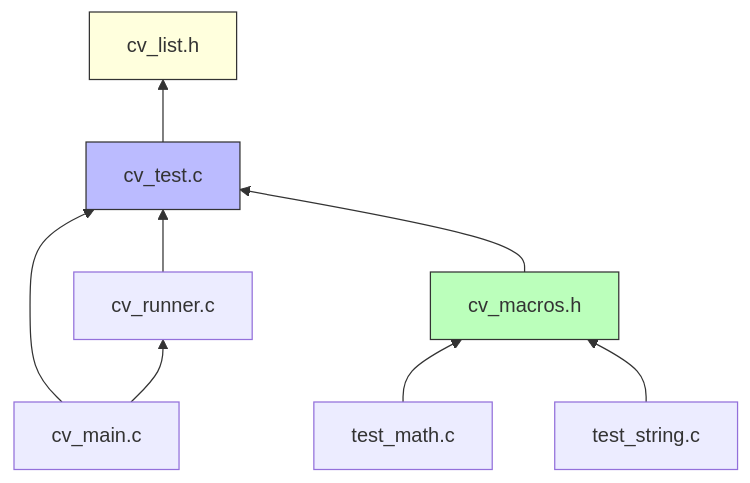
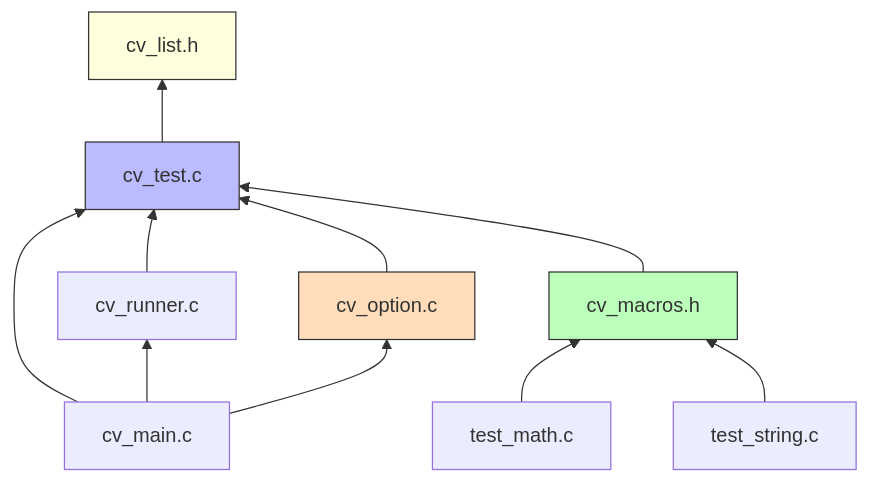
Before and after one commit to kimihuang/packages: the eighth of 8 diagrams in cv_framework/DESIGN.md, drawn with Mermaid. The commit also changed other lines of this file and 14 other files, not shown here.

````diff
--- a/cv_framework/DESIGN.md
+++ b/cv_framework/DESIGN.md
@@ -581,14 +920,17 @@
 ```mermaid
 graph BT
     cv_main[cv_main.c] --> cv_test[cv_test.c]
     cv_runner[cv_runner.c] --> cv_test
+    cv_option[cv_option.c] --> cv_test
     cv_test --> cv_list[cv_list.h]
     test_math[test_math.c] --> cv_macros[cv_macros.h]
     test_string[test_string.c] --> cv_macros
     cv_macros --> cv_test
+    cv_main --> cv_option
     cv_main --> cv_runner
 
     style cv_list fill:#ffd,stroke:#333
     style cv_test fill:#bbf,stroke:#333
     style cv_macros fill:#bfb,stroke:#333
+    style cv_option fill:#fdb,stroke:#333
 ```
````
